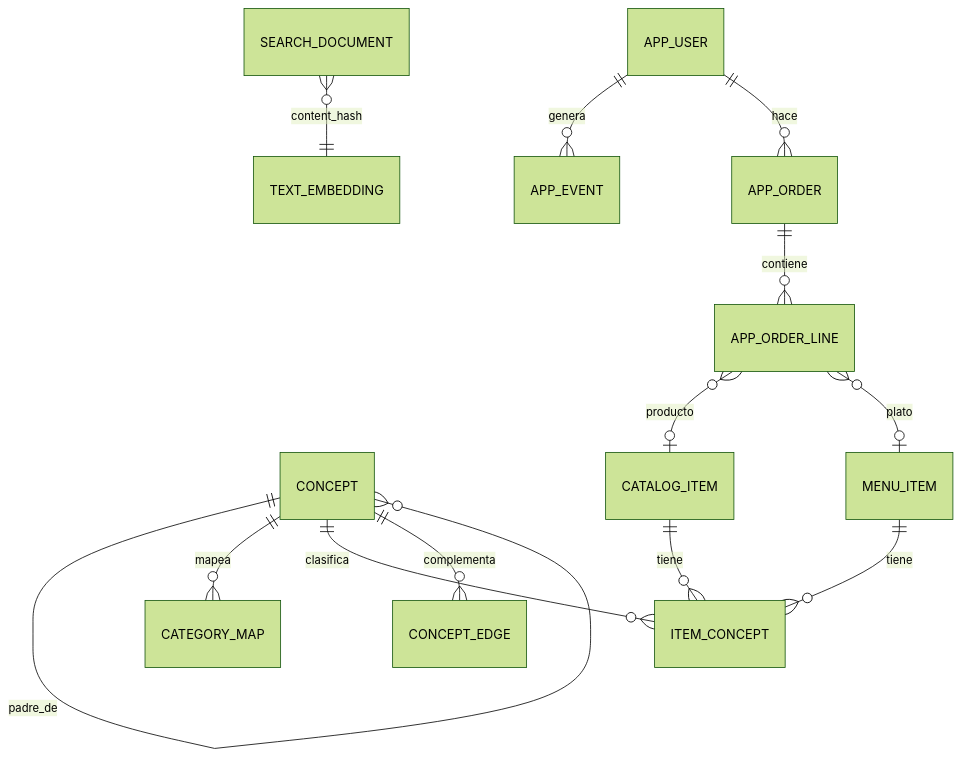
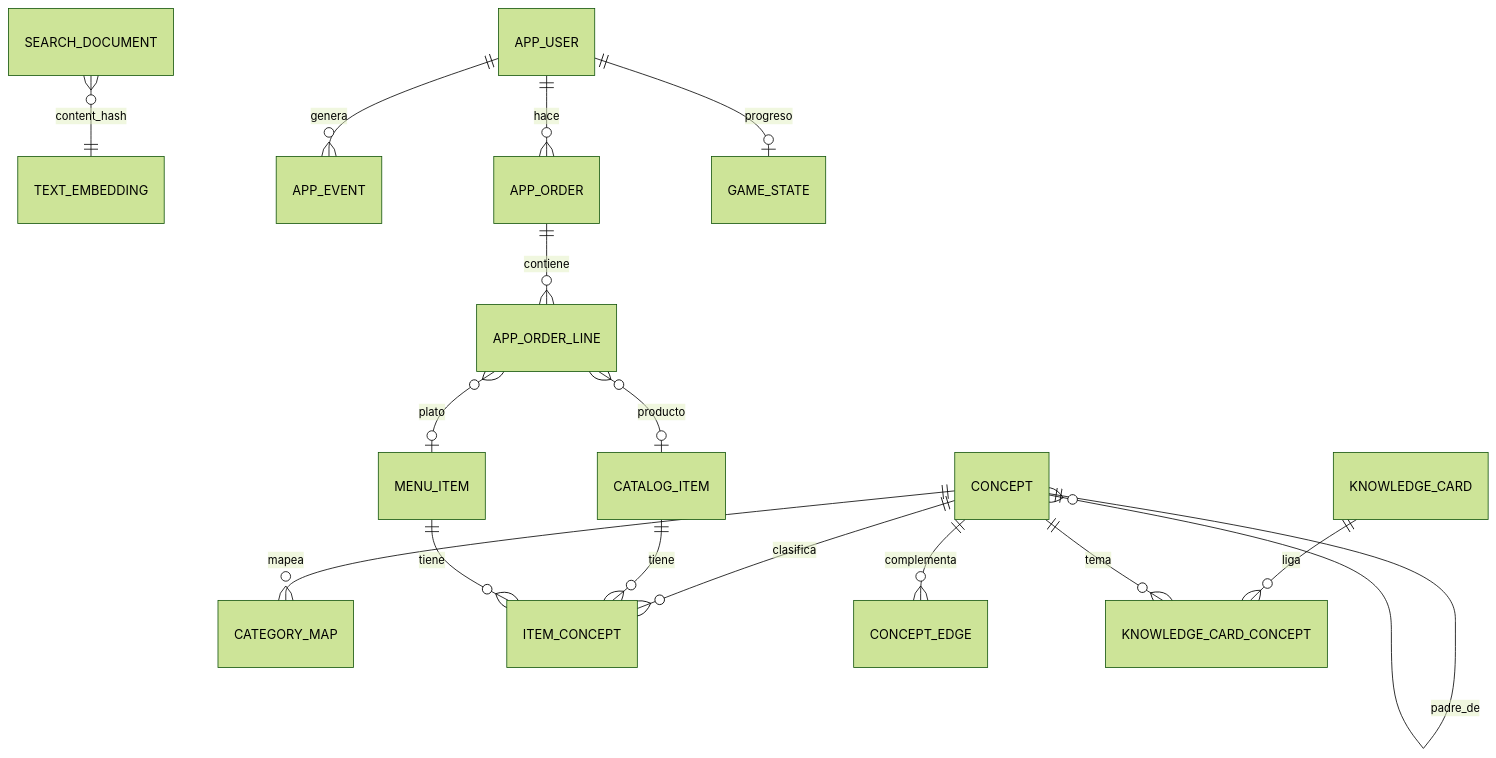
Before and after one commit to yungzyx/project-rappi-dlab-v0: the diagram in docs/diseno-ia.md, drawn with Mermaid (forest theme). The commit also changed other lines of this file and 24 other files, not shown here.

````diff
--- a/docs/diseno-ia.md
+++ b/docs/diseno-ia.md
@@ -243,15 +243,18 @@
 ```mermaid
 erDiagram
     CONCEPT ||--o{ CONCEPT : padre_de
     CONCEPT ||--o{ CATEGORY_MAP : mapea
     CONCEPT ||--o{ ITEM_CONCEPT : clasifica
     CONCEPT ||--o{ CONCEPT_EDGE : complementa
     CATALOG_ITEM ||--o{ ITEM_CONCEPT : tiene
     MENU_ITEM ||--o{ ITEM_CONCEPT : tiene
     SEARCH_DOCUMENT }o--|| TEXT_EMBEDDING : "content_hash"
     APP_USER ||--o{ APP_EVENT : genera
     APP_USER ||--o{ APP_ORDER : hace
     APP_ORDER ||--o{ APP_ORDER_LINE : contiene
     APP_ORDER_LINE }o--o| CATALOG_ITEM : "producto"
     APP_ORDER_LINE }o--o| MENU_ITEM : "plato"
+    KNOWLEDGE_CARD ||--o{ KNOWLEDGE_CARD_CONCEPT : liga
+    CONCEPT ||--o{ KNOWLEDGE_CARD_CONCEPT : tema
+    APP_USER ||--o| GAME_STATE : progreso
 ```
````
